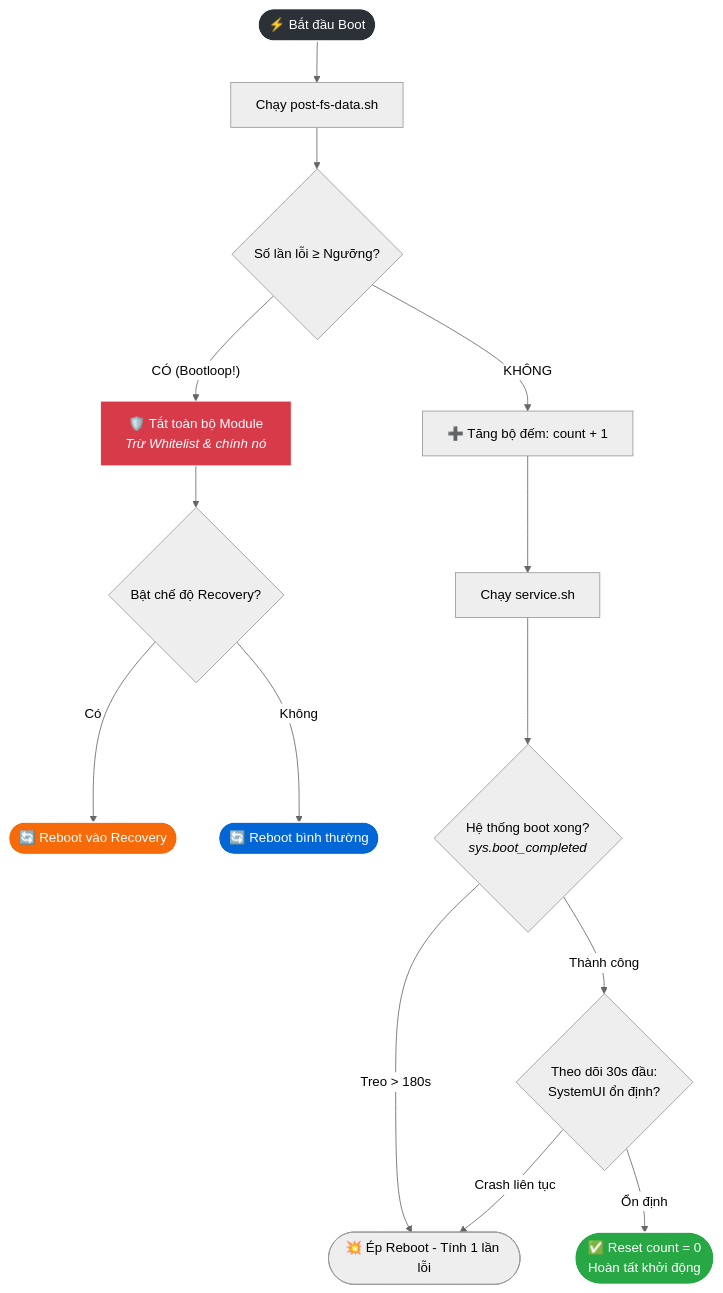
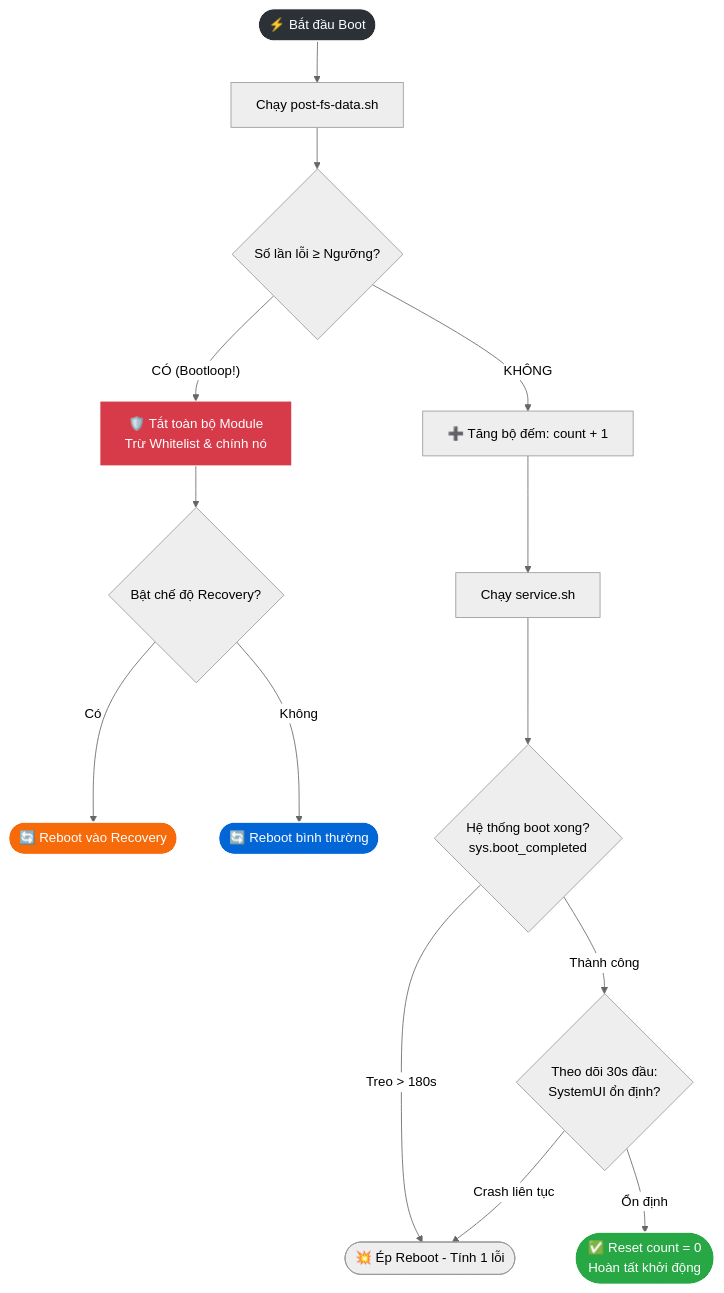
One commit to hhd-z/Antibootloop changed the first of 2 diagrams in README.md. Above: the diagram before and after it, drawn with Mermaid (neutral theme). The commit also changed other lines of this file, not shown here.

````diff
--- a/README.md
+++ b/README.md
@@ -139,25 +117,25 @@
 ```mermaid
 flowchart TD
     A([⚡ Bắt đầu Boot]) --> B[Chạy post-fs-data.sh]
     B --> C{Số lần lỗi ≥ Ngưỡng?}
     
-    C -- CÓ (Bootloop!) --> D[🛡️ Tắt toàn bộ Module<br/><i>Trừ Whitelist & chính nó</i>]
+    C -- CÓ (Bootloop!) --> D[🛡️ Tắt toàn bộ Module<br/>Trừ Whitelist & chính nó]
     D --> E{Bật chế độ Recovery?}
     E -- Có --> F([🔄 Reboot vào Recovery])
     E -- Không --> G([🔄 Reboot bình thường])
     
     C -- KHÔNG --> H[➕ Tăng bộ đếm: count + 1]
     H --> I[Chạy service.sh]
-    I --> J{Hệ thống boot xong?<br/><i>sys.boot_completed</i>}
+    I --> J{Hệ thống boot xong?<br/>sys.boot_completed}
     
-    J -- Treo > 180s --> K([💥 Ép Reboot - Tính 1 lần lỗi])
+    J -- Treo > 180s --> K([💥 Ép Reboot - Tính 1 lỗi])
     J -- Thành công --> L{Theo dõi 30s đầu:<br/>SystemUI ổn định?}
     L -- Crash liên tục --> K
     L -- Ổn định --> M([✅ Reset count = 0<br/>Hoàn tất khởi động])
 
     style A fill:#2b3137,stroke:#fff,color:#fff
     style D fill:#d73a49,stroke:#fff,color:#fff
     style M fill:#28a745,stroke:#fff,color:#fff
     style F fill:#f66a0a,stroke:#fff,color:#fff
     style G fill:#0366d6,stroke:#fff,color:#fff
 ```
````
